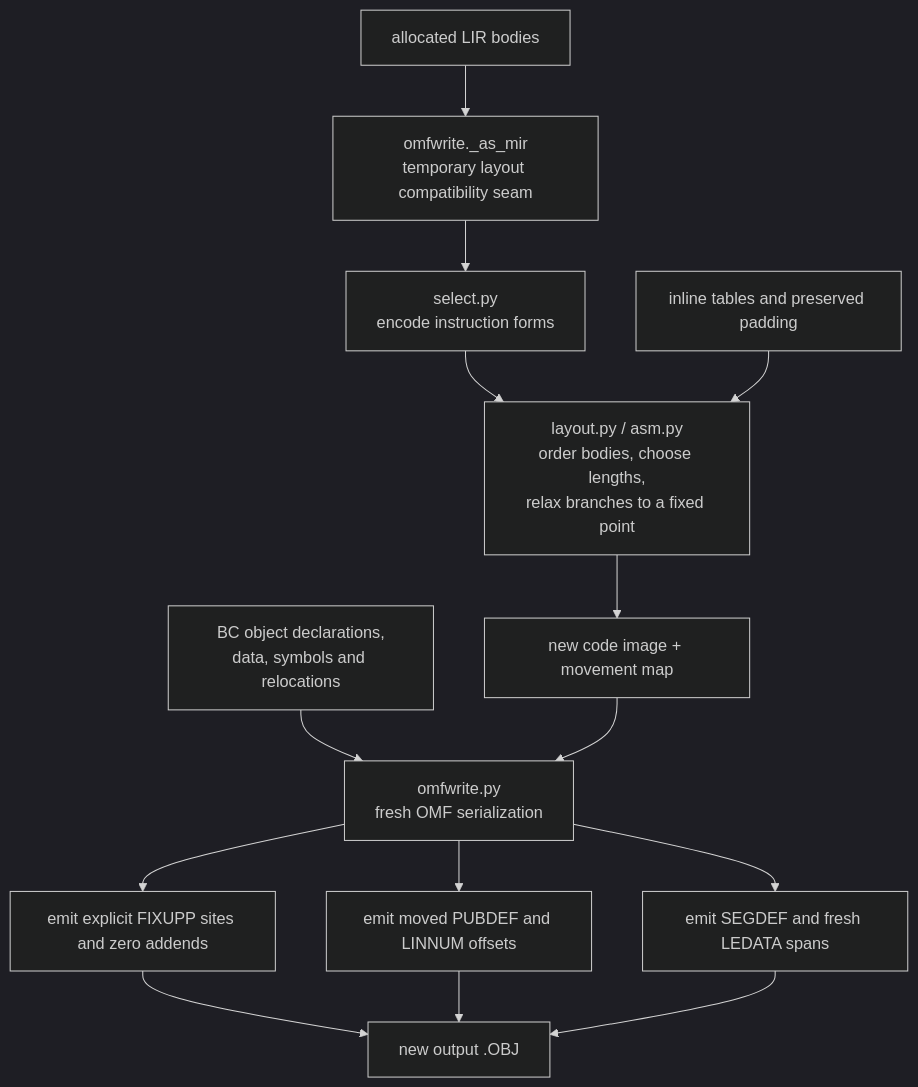
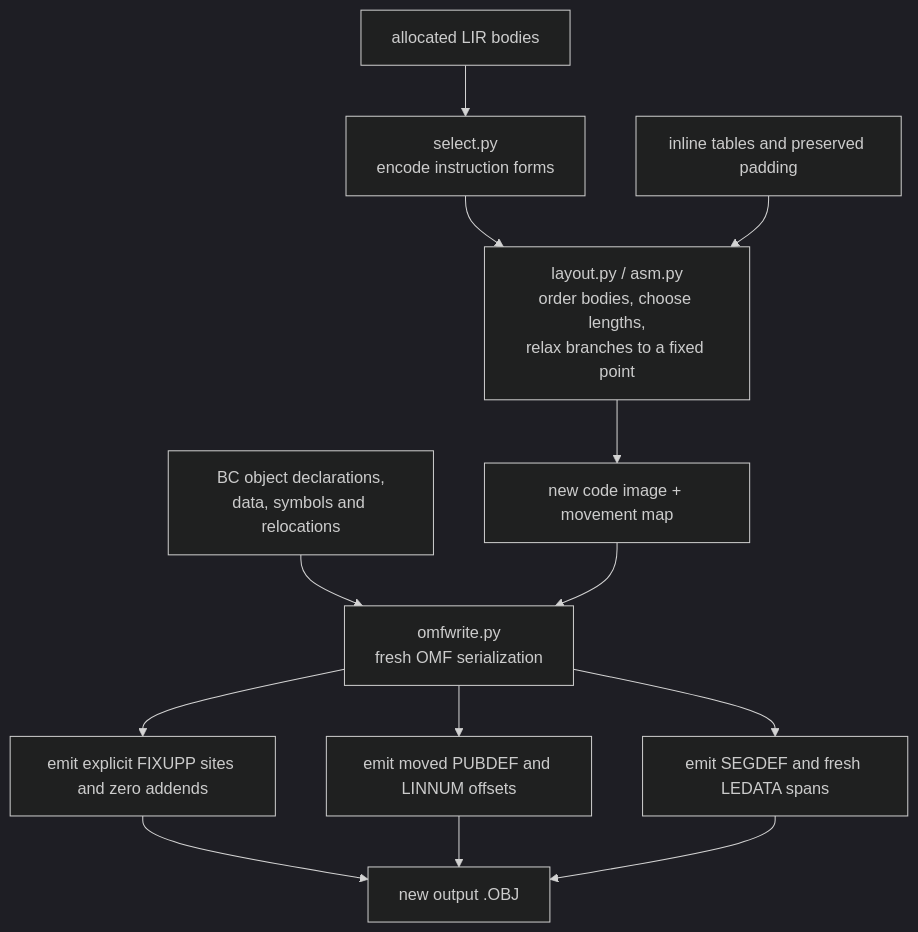
The tenth of 13 diagrams in docs/architecture.md (ali-mosavian/llrm), drawn with Mermaid (dark theme) before and after one commit. The commit also changed other lines of this file and 1 other file, not shown here.

Commit message:
docs: record direct LIR OMF emission

````diff
--- a/docs/architecture.md
+++ b/docs/architecture.md
@@ -436,17 +436,16 @@
 ```mermaid
 flowchart TD
-    Bodies["allocated LIR bodies"] --> Bridge["omfwrite._as_mir<br/>temporary layout compatibility seam"]
-    Bridge --> Select["select.py<br/>encode instruction forms"]
+    Bodies["allocated LIR bodies"] --> Select["select.py<br/>encode instruction forms"]
     Select --> Layout["layout.py / asm.py<br/>order bodies, choose lengths,<br/>relax branches to a fixed point"]
     Tables["inline tables and preserved padding"] --> Layout
     Layout --> Image["new code image + movement map"]
 
     Frontend["BC object declarations,<br/>data, symbols and relocations"] --> Write["omfwrite.py<br/>fresh OMF serialization"]
     Image --> Write
     Write --> Fix["emit explicit FIXUPP sites and zero addends"]
     Write --> Symbols["emit moved PUBDEF and LINNUM offsets"]
     Write --> Segment["emit SEGDEF and fresh LEDATA spans"]
     Fix --> Output["new output .OBJ"]
     Symbols --> Output
     Segment --> Output
 ```
````
